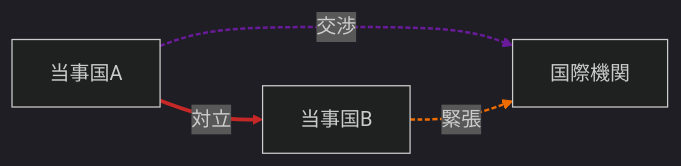
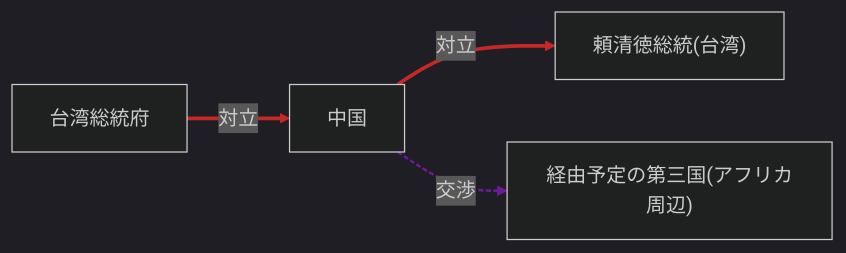
One commit to YUUUyutaro/tiseigaku changed diagram 14 of 25 in docs/reports/2026-04-22.md. Above: the diagram before and after it, drawn with Mermaid (dark theme). The commit also changed other lines of this file and 3 other files, not shown here.

````diff
--- a/docs/reports/2026-04-22.md
+++ b/docs/reports/2026-04-22.md
@@ -165,12 +259,13 @@
 ```mermaid
 graph LR
-  N0["当事国A"]
-  N1["当事国B"]
-  N2["国際機関"]
-  N0 -->|対立| N1
-  N0 -->|交渉| N2
-  N1 -->|緊張| N2
+  N0["頼清徳総統(台湾)"]
+  N1["台湾総統府"]
+  N2["中国"]
+  N3["経由予定の第三国(アフリカ周辺)"]
+  N2 -->|対立| N0
+  N2 -->|交渉| N3
+  N1 -->|対立| N2
   linkStyle 0 stroke:#c62828,stroke-width:3px;
   linkStyle 1 stroke:#6a1b9a,stroke-width:2px,stroke-dasharray:4 2;
-  linkStyle 2 stroke:#ef6c00,stroke-width:2px,stroke-dasharray:4 2;
+  linkStyle 2 stroke:#c62828,stroke-width:3px;
 ```
````
